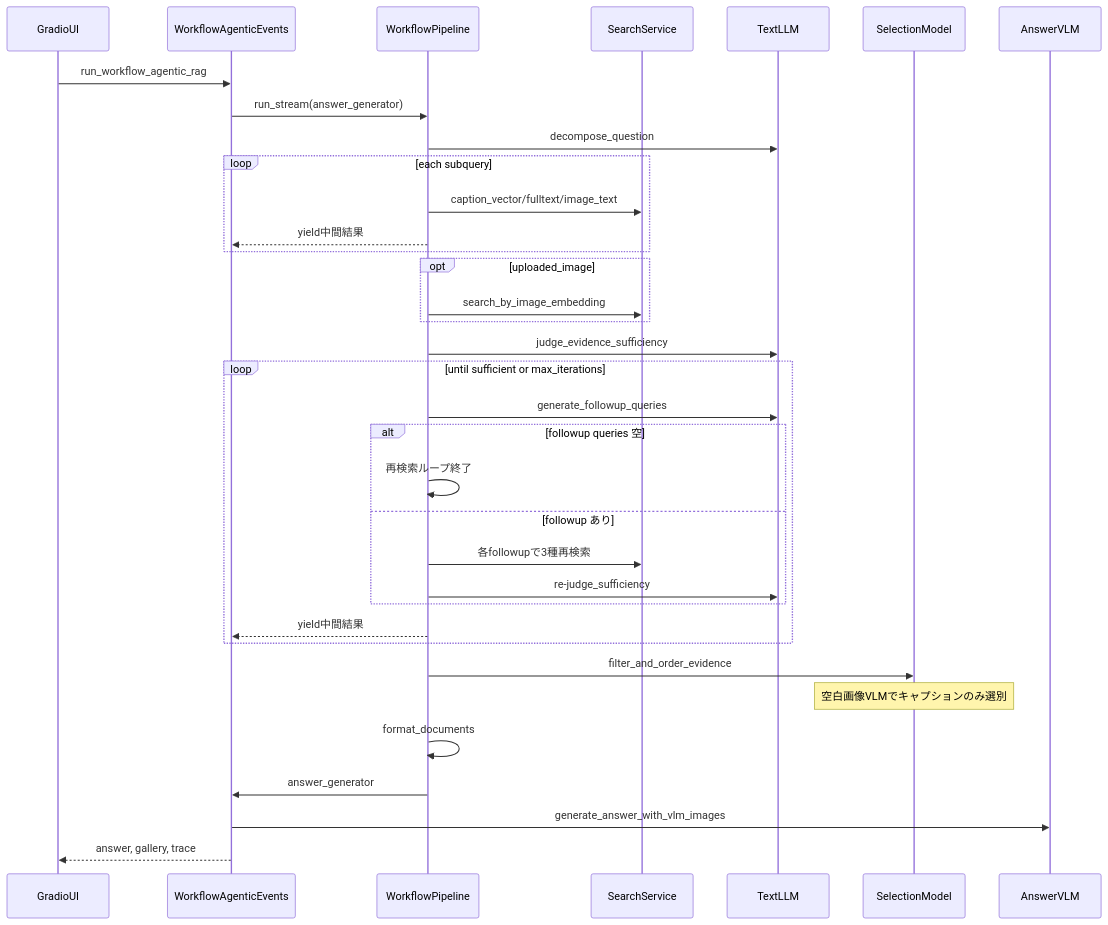
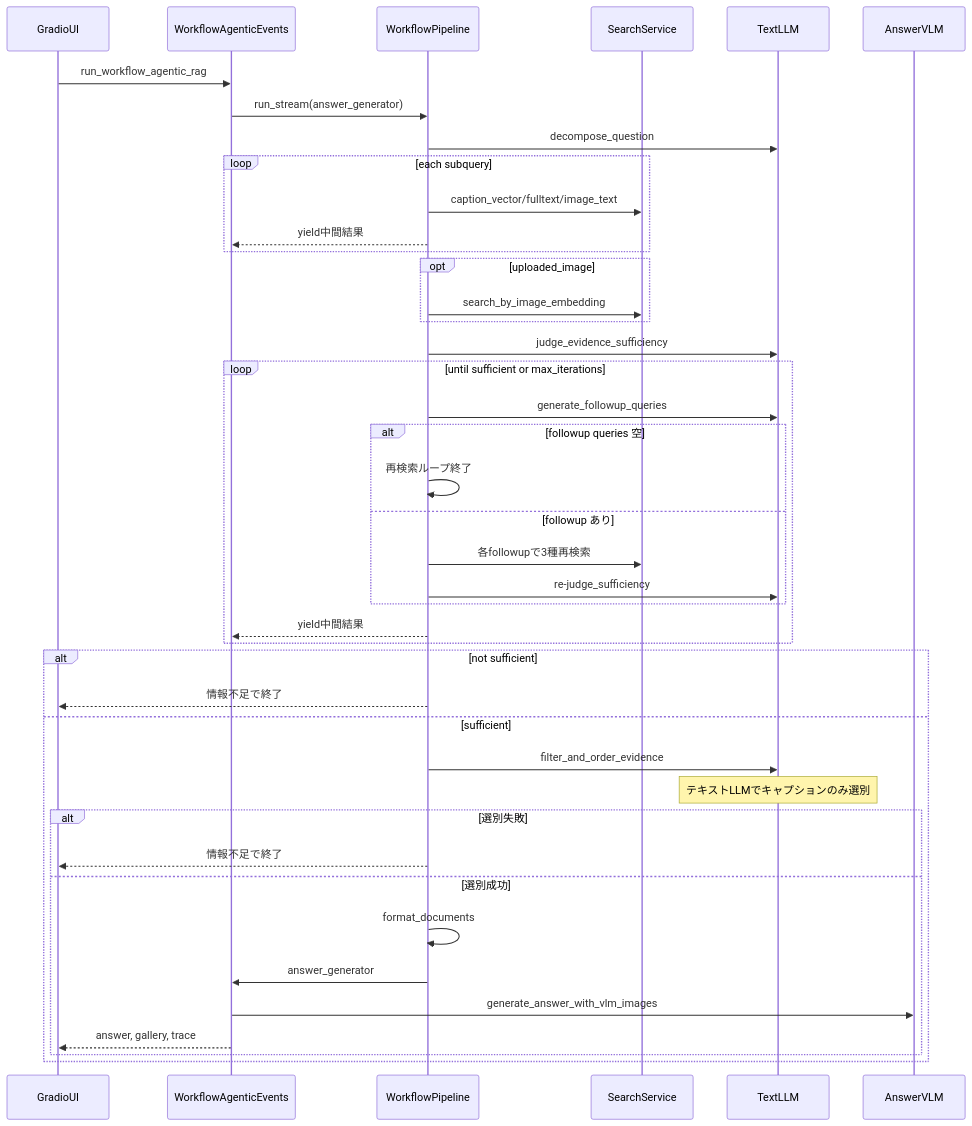
One commit to kutsushitaneko/multimodal_retrieval changed the second of 4 diagrams in README.md. Above: the diagram before and after it, drawn with Mermaid. The commit also changed other lines of this file and 42 other files, not shown here.

````diff
--- a/README.md
+++ b/README.md
@@ -334,38 +345,45 @@
 ```mermaid
 sequenceDiagram
     participant UI as GradioUI
     participant EV as WorkflowAgenticEvents
     participant PL as WorkflowPipeline
     participant SS as SearchService
     participant LLM as TextLLM
-    participant Sel as SelectionModel
     participant VLM as AnswerVLM
 
     UI->>EV: run_workflow_agentic_rag
     EV->>PL: run_stream(answer_generator)
     PL->>LLM: decompose_question
     loop each subquery
         PL->>SS: caption_vector/fulltext/image_text
         PL-->>EV: yield中間結果
     end
     opt uploaded_image
         PL->>SS: search_by_image_embedding
     end
     PL->>LLM: judge_evidence_sufficiency
     loop until sufficient or max_iterations
         PL->>LLM: generate_followup_queries
         alt followup queries 空
             PL->>PL: 再検索ループ終了
         else followup あり
             PL->>SS: 各followupで3種再検索
             PL->>LLM: re-judge_sufficiency
         end
         PL-->>EV: yield中間結果
     end
-    PL->>Sel: filter_and_order_evidence
-    Note over Sel: 空白画像VLMでキャプションのみ選別
-    PL->>PL: format_documents
-    PL->>EV: answer_generator
-    EV->>VLM: generate_answer_with_vlm_images
-    EV-->>UI: answer, gallery, trace
+    alt not sufficient
+        PL-->>UI: 情報不足で終了
+    else sufficient
+        PL->>LLM: filter_and_order_evidence
+        Note over LLM: テキストLLMでキャプションのみ選別
+        alt 選別失敗
+            PL-->>UI: 情報不足で終了
+        else 選別成功
+            PL->>PL: format_documents
+            PL->>EV: answer_generator
+            EV->>VLM: generate_answer_with_vlm_images
+            EV-->>UI: answer, gallery, trace
+        end
+    end
 ```
````
